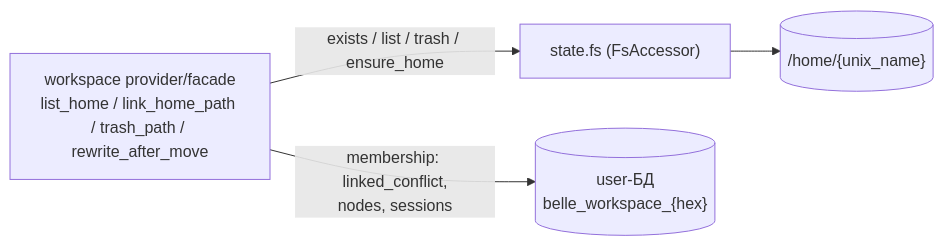
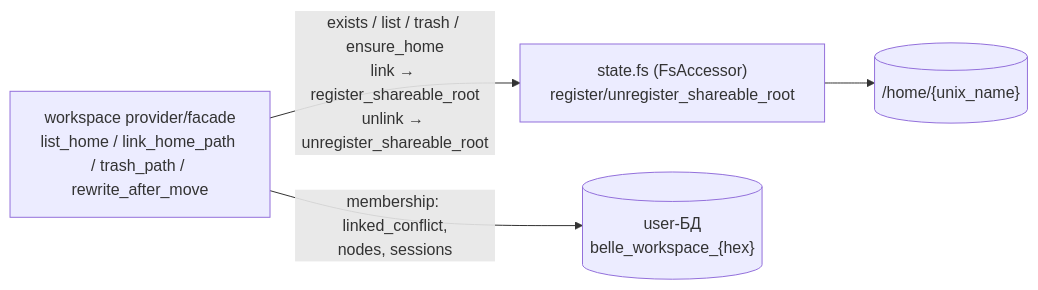
The third of 3 diagrams in docs/ADR-002-fs-module.md (Dek1m/albedo), drawn with Mermaid before and after one commit. The commit also changed other lines of this file and 1 other file, not shown here.

Commit message:
docs: ADR revision 5 — shareable roots only, bell dropdown

````diff
--- a/docs/ADR-002-fs-module.md
+++ b/docs/ADR-002-fs-module.md
@@ -706,10 +830,10 @@
 ```mermaid
 flowchart LR
   WP["workspace provider/facade<br/>list_home / link_home_path / trash_path / rewrite_after_move"]
-  FS["state.fs (FsAccessor)"]
+  FS["state.fs (FsAccessor)<br/>register/unregister_shareable_root"]
   H[("/home/{unix_name}")]
 
-  WP -->|"exists / list / trash / ensure_home"| FS
+  WP -->|"exists / list / trash / ensure_home<br/>link → register_shareable_root<br/>unlink → unregister_shareable_root"| FS
   FS --> H
   WP -->|"membership: linked_conflict,<br/>nodes, sessions"| UDB[("user-БД<br/>belle_workspace_{hex}")]
 ```
````
